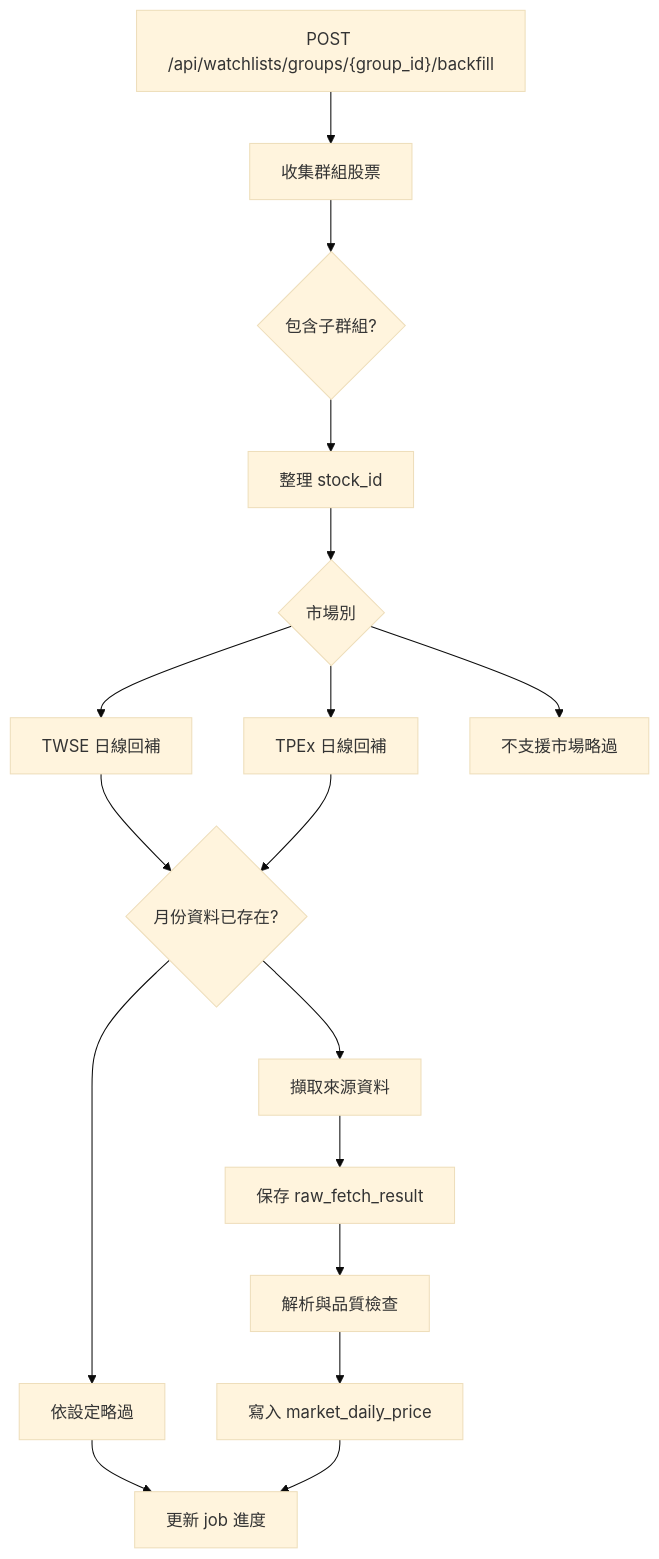
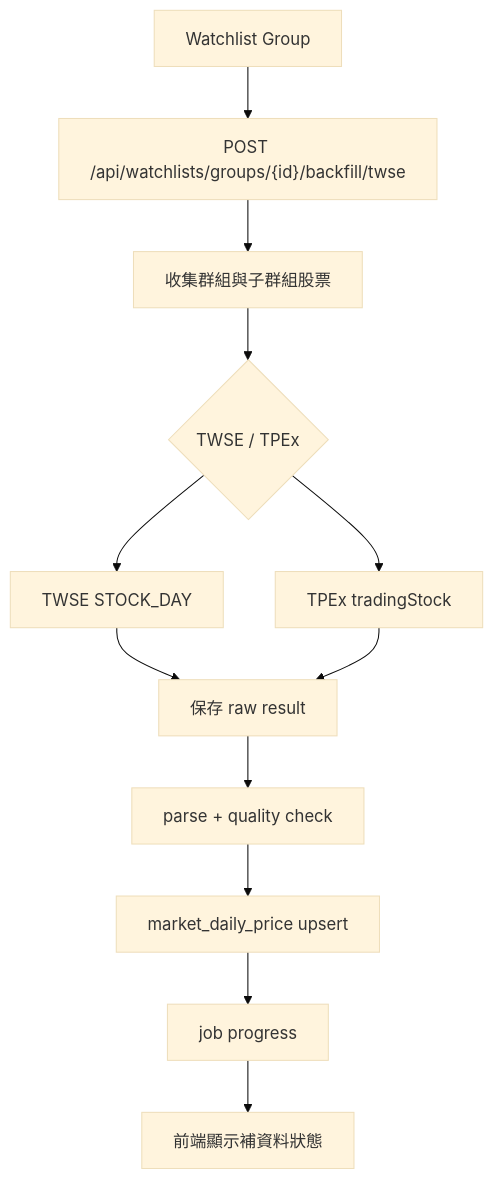
One commit to lulu930128/open-market-intelligence changed the eighth of 9 diagrams in README.md. Above: the diagram before and after it, drawn with Mermaid (base theme). The commit also changed other lines of this file, not shown here.

````diff
--- a/README.md
+++ b/README.md
@@ -281,19 +418,14 @@
 ```mermaid
 flowchart TD
-    start["POST /api/watchlists/groups/{group_id}/backfill"] --> collect["收集群組股票"]
-    collect --> children{"包含子群組?"}
-    children --> stocks["整理 stock_id"]
-    stocks --> market{"市場別"}
-    market --> twse["TWSE 日線回補"]
-    market --> tpex["TPEx 日線回補"]
-    market --> skip["不支援市場略過"]
-    twse --> exists{"月份資料已存在?"}
-    tpex --> exists
-    exists --> useExisting["依設定略過"]
-    exists --> fetch["擷取來源資料"]
-    fetch --> raw["保存 raw_fetch_result"]
-    raw --> parse["解析與品質檢查"]
-    parse --> save["寫入 market_daily_price"]
-    useExisting --> result["更新 job 進度"]
-    save --> result
+    group["Watchlist Group"] --> action["POST /api/watchlists/groups/{id}/backfill/twse"]
+    action --> collect["收集群組與子群組股票"]
+    collect --> market{"TWSE / TPEx"}
+    market --> twse["TWSE STOCK_DAY"]
+    market --> tpex["TPEx tradingStock"]
+    twse --> raw["保存 raw result"]
+    tpex --> raw
+    raw --> parse["parse + quality check"]
+    parse --> save["market_daily_price upsert"]
+    save --> job["job progress"]
+    job --> ui["前端顯示補資料狀態"]
 ```
````
